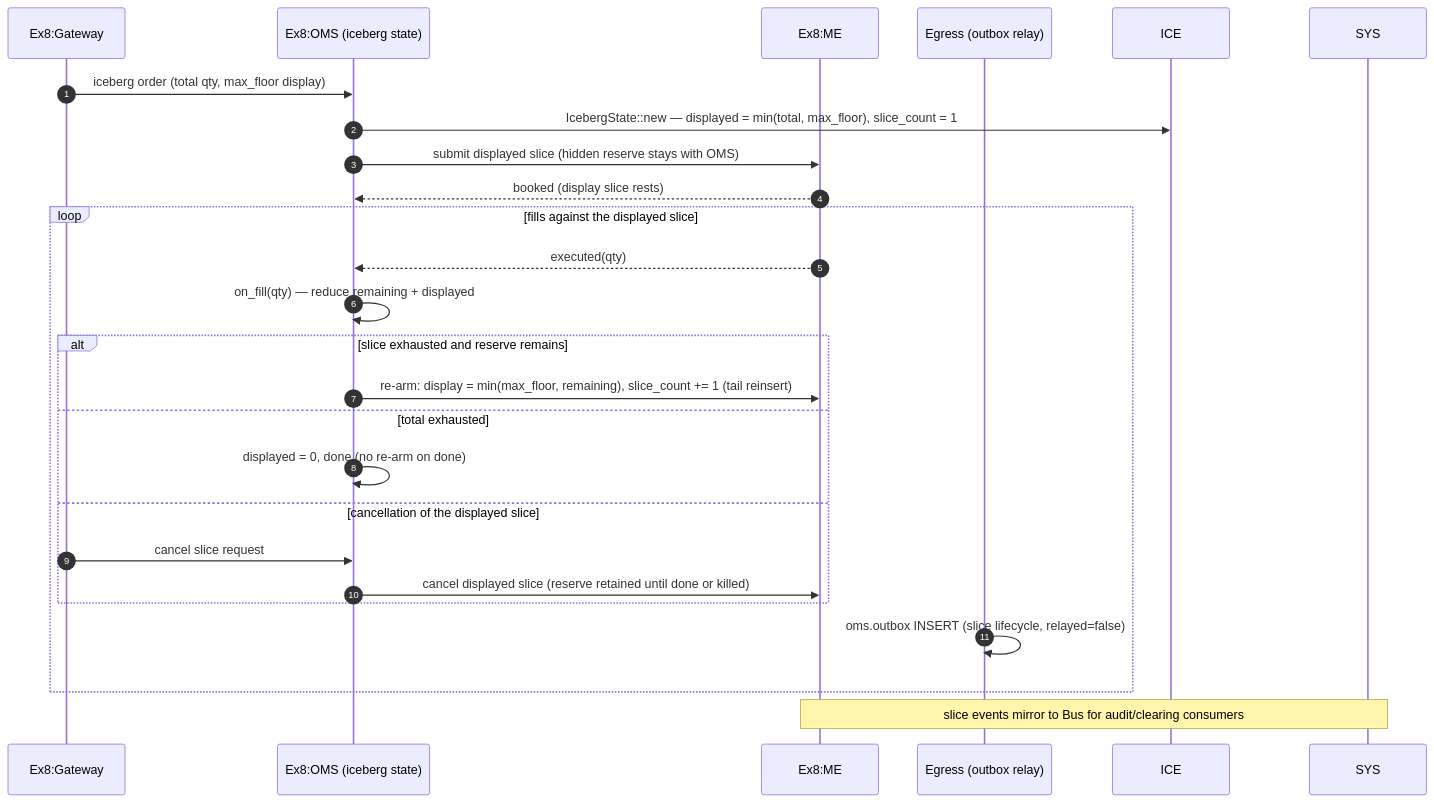
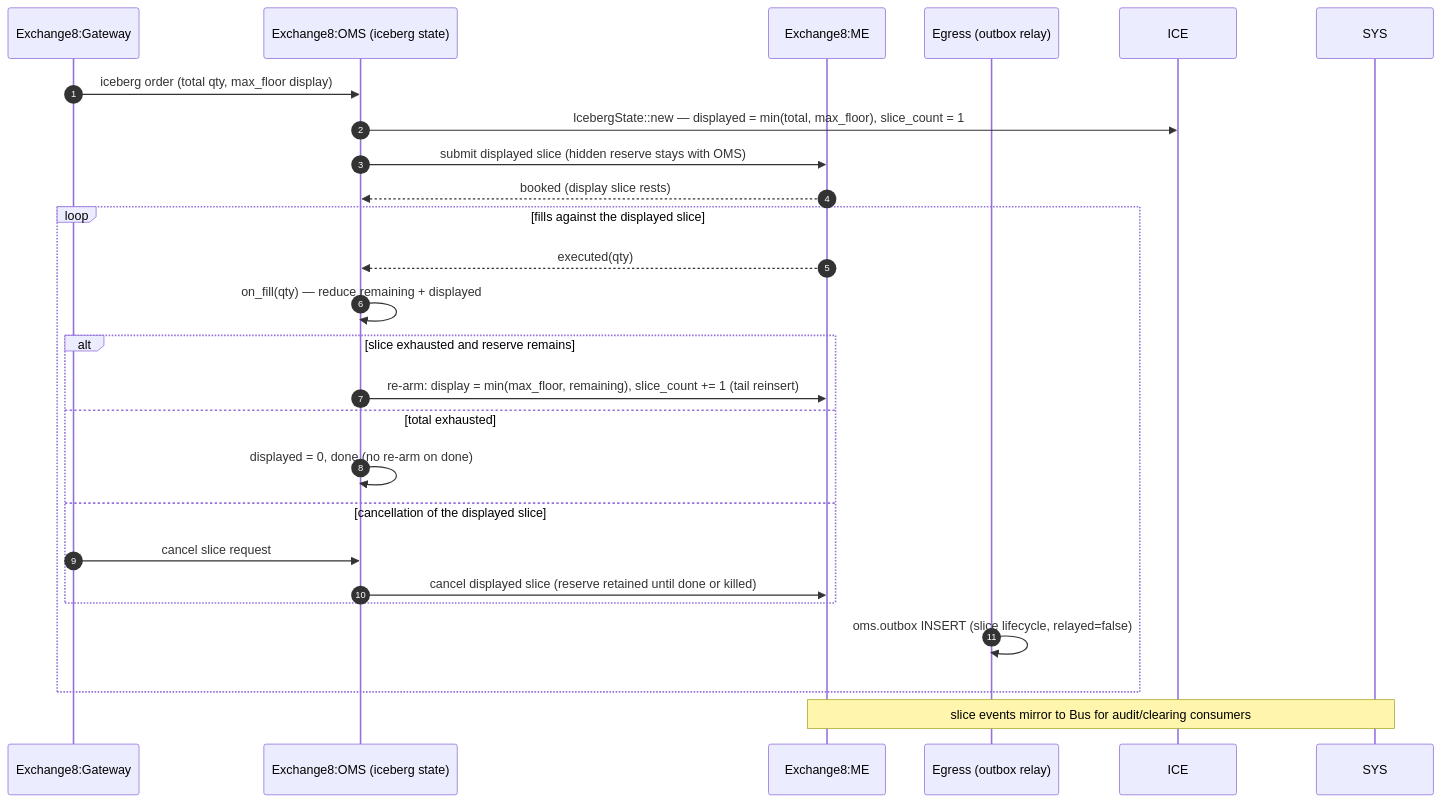
Before and after one commit to Exchange8-dev/exchange8-oms: the fifth of 16 diagrams in DESIGN.md, drawn with Mermaid. The commit also changed other lines of this file and 13 other files, not shown here.

````diff
--- a/DESIGN.md
+++ b/DESIGN.md
@@ -210,27 +210,27 @@
 ```mermaid
 sequenceDiagram
     autonumber
-    participant GW as Ex8:Gateway
-    participant OMS as Ex8:OMS (iceberg state)
-    participant ME as Ex8:ME
+    participant GW as Exchange8:Gateway
+    participant OMS as Exchange8:OMS (iceberg state)
+    participant ME as Exchange8:ME
     participant OUT as Egress (outbox relay)
 
     GW->>OMS: iceberg order (total qty, max_floor display)
     OMS->>ICE: IcebergState::new — displayed = min(total, max_floor), slice_count = 1
     OMS->>ME: submit displayed slice (hidden reserve stays with OMS)
     ME-->>OMS: booked (display slice rests)
     loop fills against the displayed slice
         ME-->>OMS: executed(qty)
         OMS->>OMS: on_fill(qty) — reduce remaining + displayed
         alt slice exhausted and reserve remains
             OMS->>ME: re-arm: display = min(max_floor, remaining), slice_count += 1 (tail reinsert)
         else total exhausted
             OMS->>OMS: displayed = 0, done (no re-arm on done)
         else cancellation of the displayed slice
             GW->>OMS: cancel slice request
             OMS->>ME: cancel displayed slice (reserve retained until done or killed)
         end
         OUT->>OUT: oms.outbox INSERT (slice lifecycle, relayed=false)
     end
     Note over ME,SYS: slice events mirror to Bus for audit/clearing consumers
 ```
````
